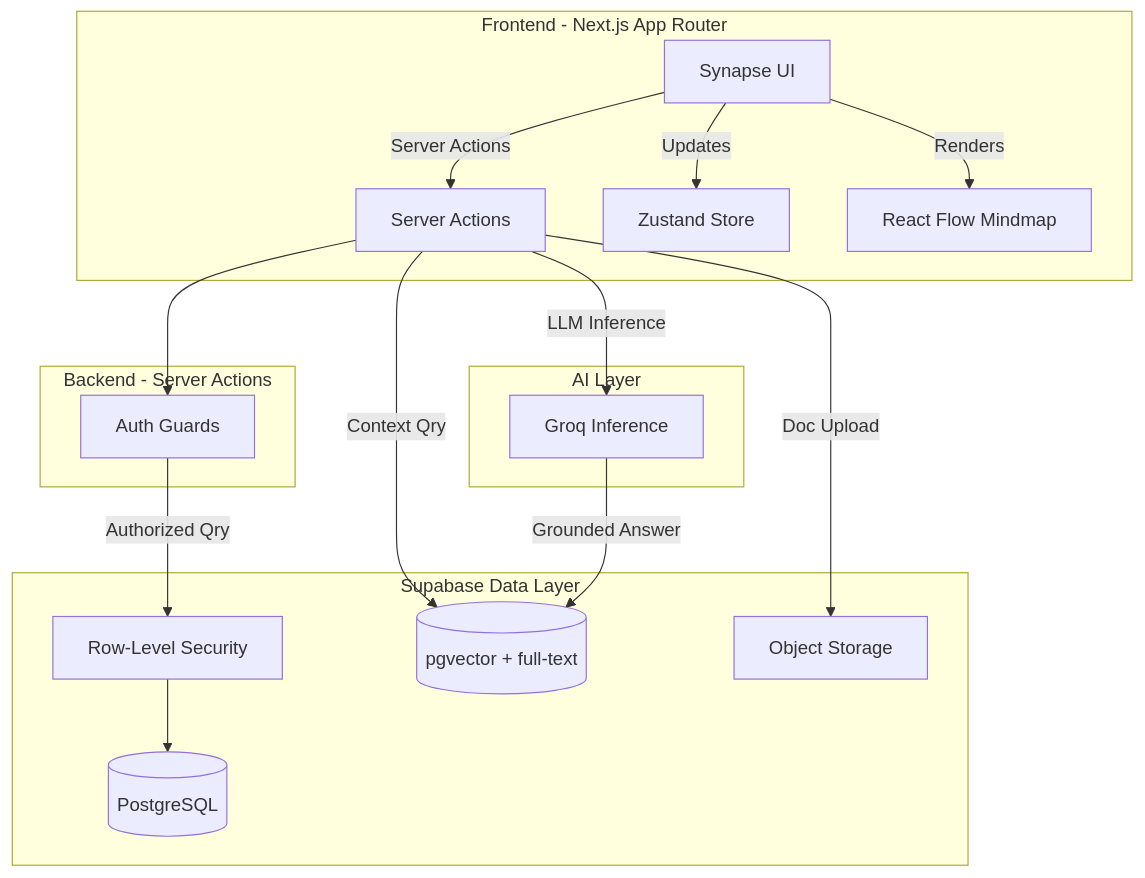
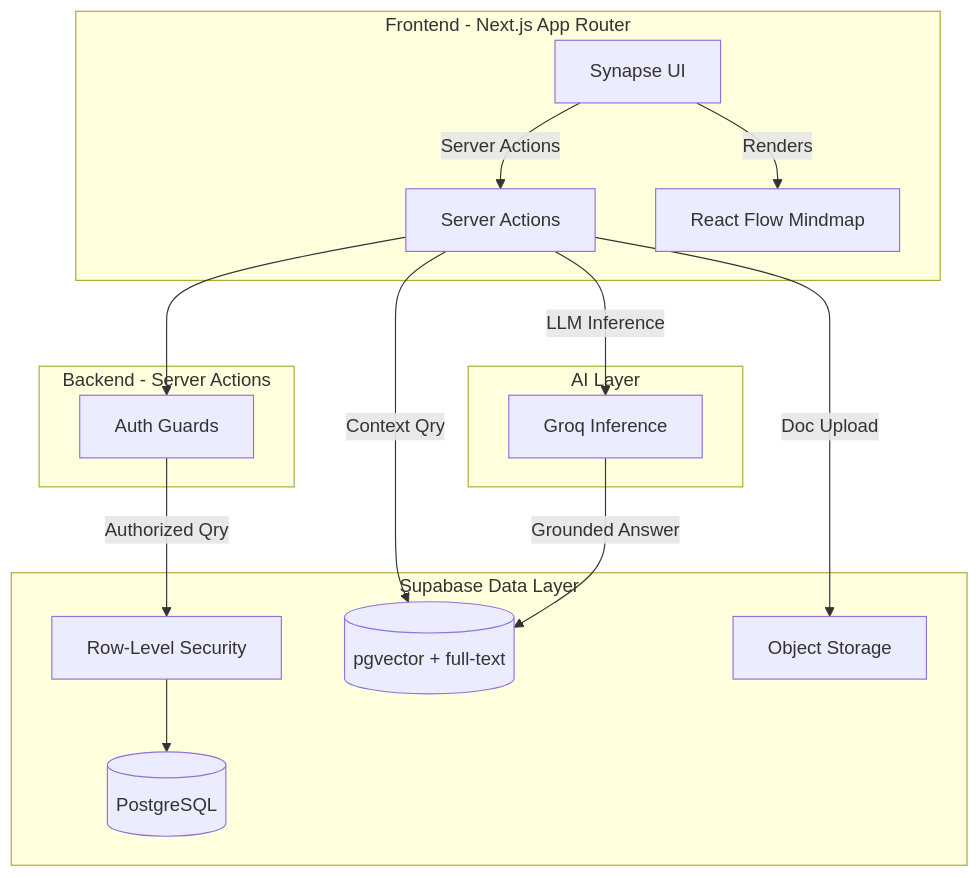
One commit to pantha704/synapse changed the diagram in README.md. Above: the diagram before and after it, drawn with Mermaid. The commit also changed other lines of this file and 3 other files, not shown here.

````diff
--- a/README.md
+++ b/README.md
@@ -48,36 +48,35 @@
 ```mermaid
 graph TD
     classDef client fill:#f3f4f6,stroke:#4f46e5,stroke-width:2px,color:#1f2937
     classDef server fill:#e0e7ff,stroke:#4338ca,stroke-width:2px,color:#1f2937
     classDef infra fill:#c7d2fe,stroke:#3730a3,stroke-width:2px,color:#1f2937
 
     subgraph Client [Frontend - Next.js App Router]
         UI[Synapse UI] --> |Server Actions| API
-        UI --> |Updates| State[Zustand Store]
         UI --> |Renders| Canvas[React Flow Mindmap]
     end
 
     subgraph Backend [Backend - Server Actions]
         API[Server Actions]
         AuthMW[Auth Guards]
         API --> AuthMW
     end
 
     subgraph Supabase [Supabase Data Layer]
         DB[(PostgreSQL)]
         RLS[Row-Level Security]
         Vectors[(pgvector + full-text)]
         Storage[Object Storage]
     end
 
     subgraph AI [AI Layer]
         Groq[Groq Inference]
     end
 
     AuthMW --> |Authorized Qry| RLS
     RLS --> DB
     API --> |Doc Upload| Storage
     API --> |Context Qry| Vectors
     API --> |LLM Inference| Groq
     Groq --> |Grounded Answer| Vectors
 ```
````
